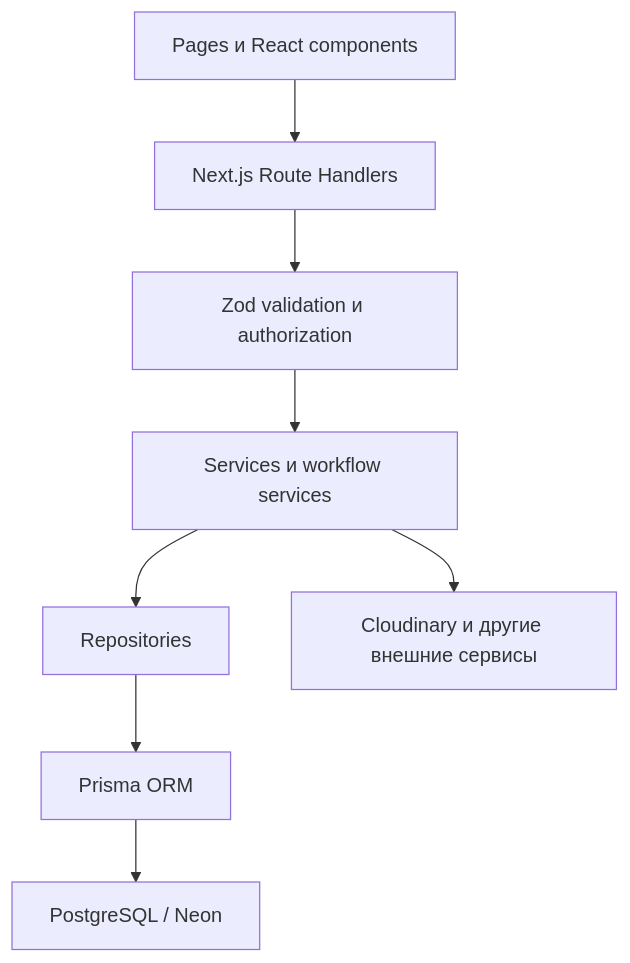
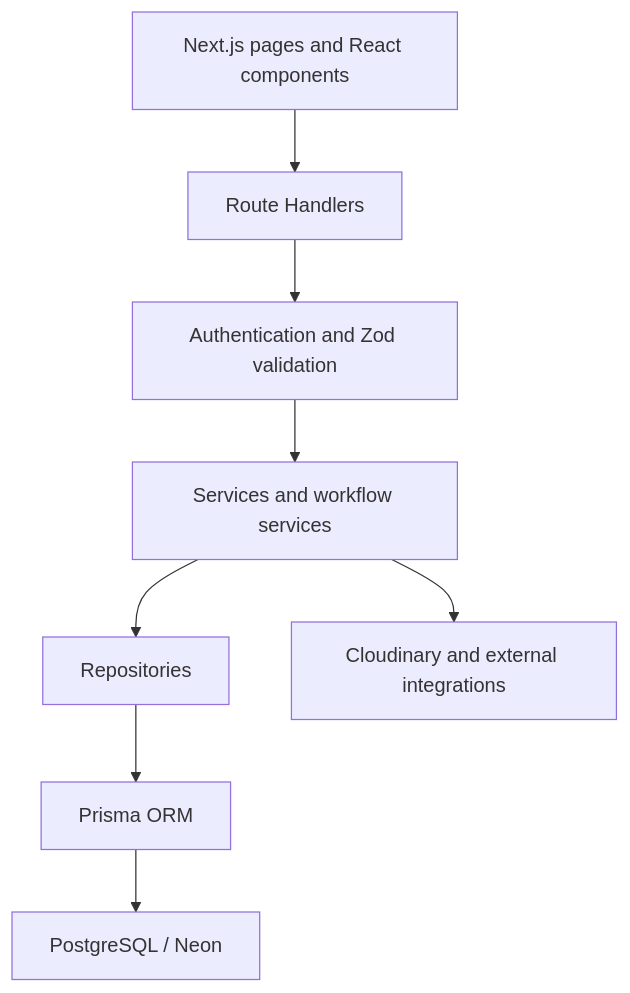
The diagram in README.md (luvtorn/Job-Tracker), drawn with Mermaid before and after one commit. The commit also changed other lines of this file, not shown here.

````diff
--- a/README.md
+++ b/README.md
@@ -159,10 +93,10 @@
 ```mermaid
 flowchart TD
-    UI["Pages и React components"] --> API["Next.js Route Handlers"]
-    API --> Validation["Zod validation и authorization"]
-    Validation --> Services["Services и workflow services"]
+    UI["Next.js pages and React components"] --> Routes["Route Handlers"]
+    Routes --> Validation["Authentication and Zod validation"]
+    Validation --> Services["Services and workflow services"]
     Services --> Repositories["Repositories"]
     Repositories --> Prisma["Prisma ORM"]
-    Prisma --> DB["PostgreSQL / Neon"]
-    Services --> External["Cloudinary и другие внешние сервисы"]
+    Prisma --> Database["PostgreSQL / Neon"]
+    Services --> External["Cloudinary and external integrations"]
 ```
````
